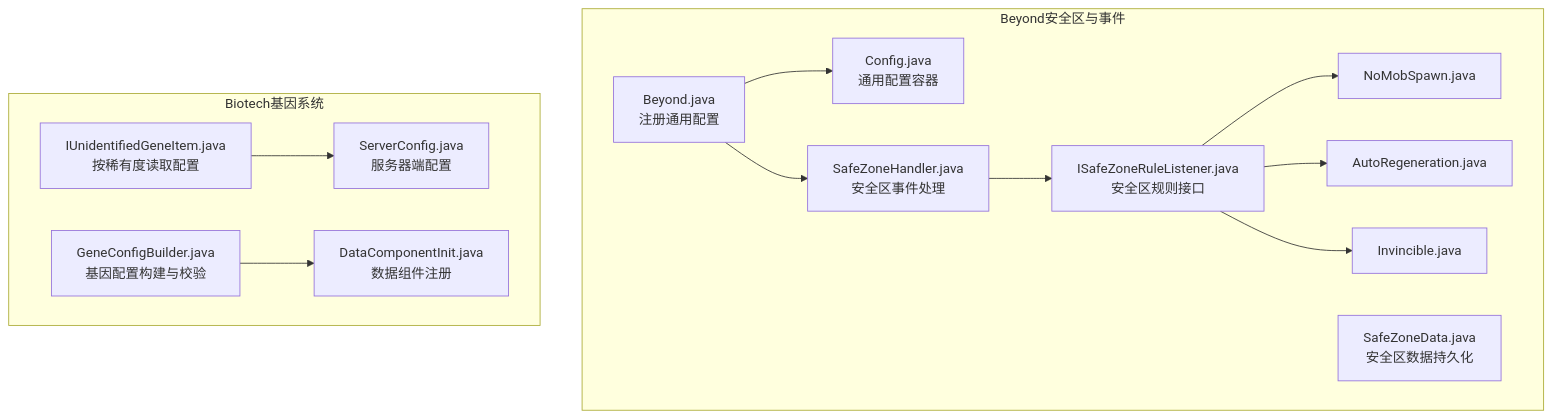
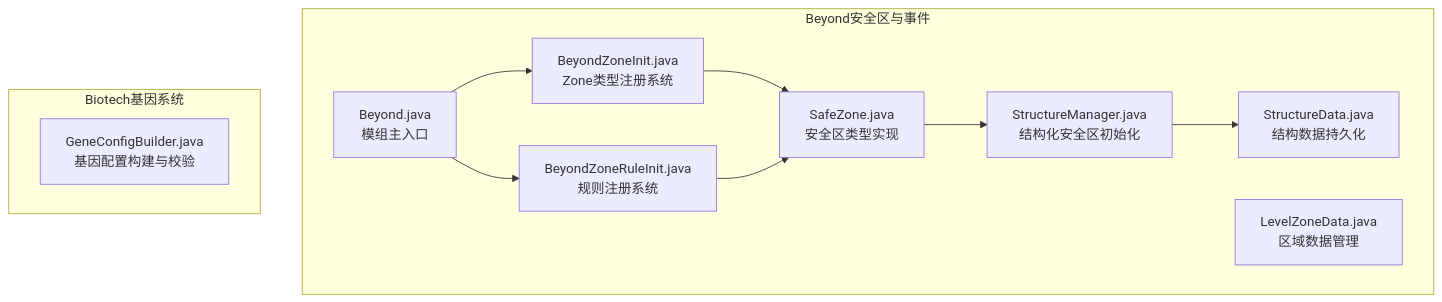
Before and after one commit to Ver-shift/SubModulesGeneHunter: the first of 7 diagrams in .qoder/repowiki/zh/content/部署与配置/服务器配置.md, drawn with Mermaid. The commit also changed other lines of this file and 49 other files, not shown here.

````diff
--- a/.qoder/repowiki/zh/content/部署与配置/服务器配置.md
+++ b/.qoder/repowiki/zh/content/部署与配置/服务器配置.md
@@ -48,27 +54,21 @@
 ```mermaid
 graph TB
 subgraph "Beyond安全区与事件"
-BE_CFG["Config.java<br/>通用配置容器"]
-BE_MOD["Beyond.java<br/>注册通用配置"]
-BE_SZD["SafeZoneData.java<br/>安全区数据持久化"]
-BE_EVT["SafeZoneHandler.java<br/>安全区事件处理"]
-BE_RULE["ISafeZoneRuleListener.java<br/>安全区规则接口"]
-BE_IMPL1["NoMobSpawn.java"]
-BE_IMPL2["AutoRegeneration.java"]
-BE_IMPL3["Invincible.java"]
+BE_MOD["Beyond.java<br/>模组主入口"]
+BE_ZI["BeyondZoneInit.java<br/>Zone类型注册系统"]
+BE_RI["BeyondZoneRuleInit.java<br/>规则注册系统"]
+BE_SZ["SafeZone.java<br/>安全区类型实现"]
+BE_SM["StructureManager.java<br/>结构化安全区初始化"]
+BE_SD["StructureData.java<br/>结构数据持久化"]
+BE_LZD["LevelZoneData.java<br/>区域数据管理"]
 end
 subgraph "Biotech基因系统"
-BT_CFG["ServerConfig.java<br/>服务器端配置"]
-BT_UNIID["IUnidentifiedGeneItem.java<br/>按稀有度读取配置"]
 BT_GCB["GeneConfigBuilder.java<br/>基因配置构建与校验"]
-BT_DCI["DataComponentInit.java<br/>数据组件注册"]
 end
-BE_MOD --> BE_CFG
-BE_MOD --> BE_EVT
-BE_EVT --> BE_RULE
-BE_RULE --> BE_IMPL1
-BE_RULE --> BE_IMPL2
-BE_RULE --> BE_IMPL3
-BT_UNIID --> BT_CFG
-BT_GCB --> BT_DCI
+BE_MOD --> BE_ZI
+BE_MOD --> BE_RI
+BE_ZI --> BE_SZ
+BE_SZ --> BE_SM
+BE_SM --> BE_SD
+BE_RI --> BE_SZ
 ```
````
